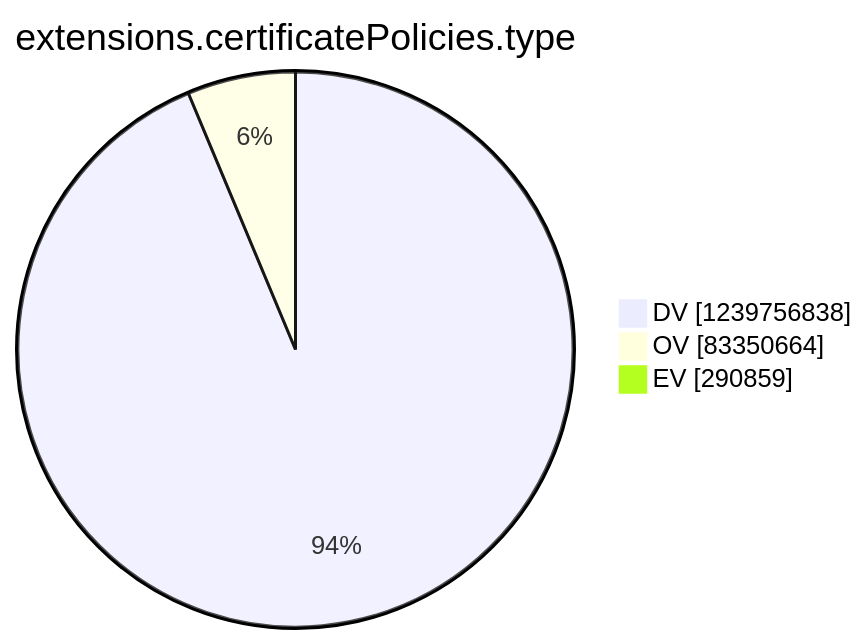
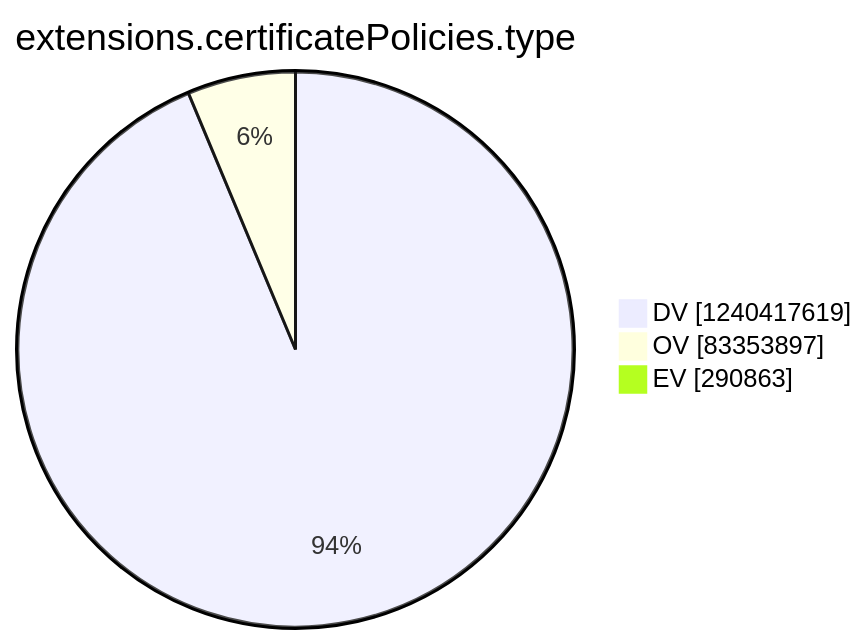
The tenth of 15 diagrams in argon2022/README.md (christiankrug/ctmonitor_visualization), drawn with Mermaid before and after one commit. The commit also changed other lines of this file, not shown here.

````diff
--- a/argon2022/README.md
+++ b/argon2022/README.md
@@ -2771,7 +2771,7 @@
 ```mermaid
 pie showData
 title extensions.certificatePolicies.type
-"DV" :1239756838
-"OV" :83350664
-"EV" :290859
+"DV" :1240417619
+"OV" :83353897
+"EV" :290863
 ```
````
